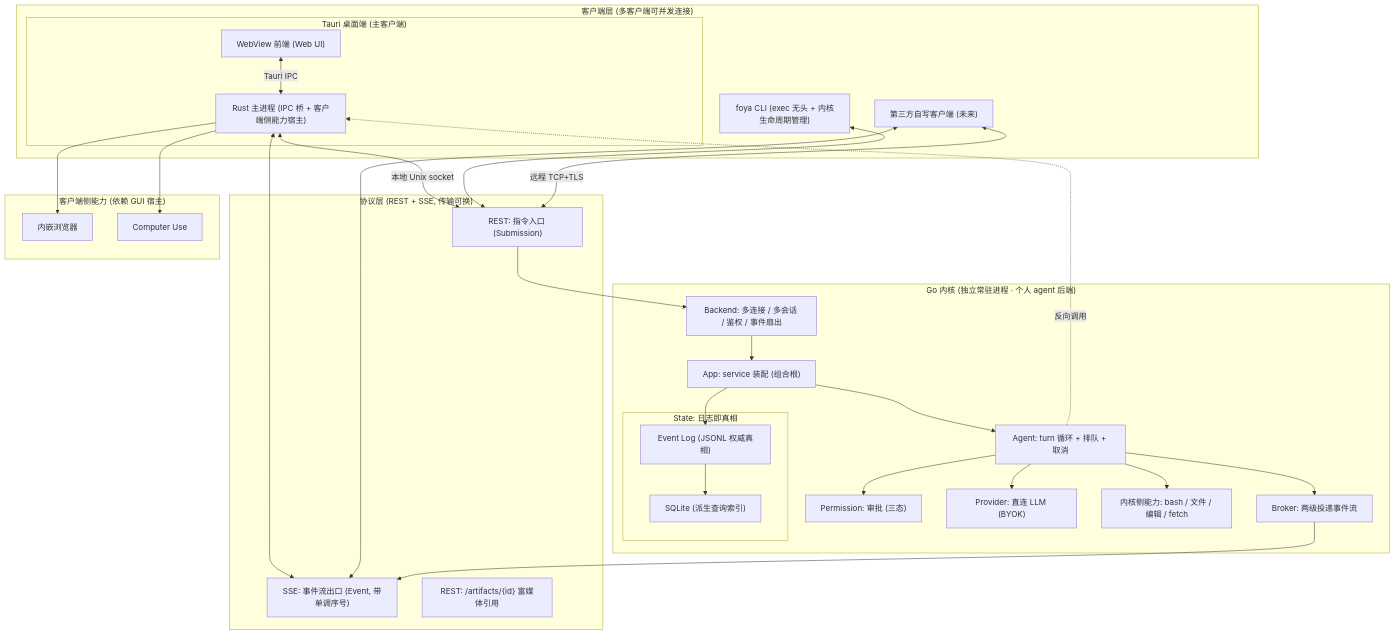
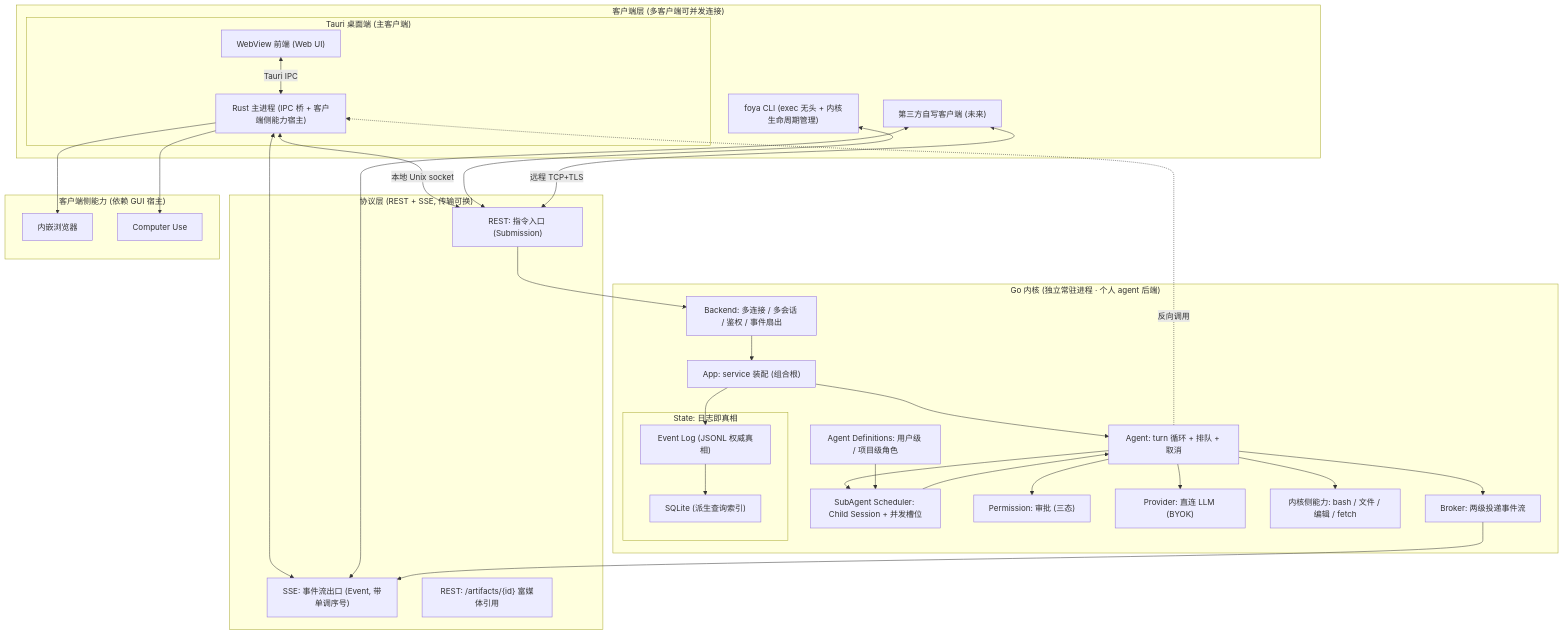
One commit to freesoulcode/foya changed the diagram in docs/架构.md. Above: the diagram before and after it, drawn with Mermaid. The commit also changed other lines of this file and 32 other files, not shown here.

````diff
--- a/docs/架构.md
+++ b/docs/架构.md
@@ -11,54 +11,59 @@
 ```mermaid
 flowchart TB
     subgraph ClientLayer["客户端层 (多客户端可并发连接)"]
         subgraph Tauri["Tauri 桌面端 (主客户端)"]
             WV["WebView 前端 (Web UI)"]
             Rust["Rust 主进程 (IPC 桥 + 客户端侧能力宿主)"]
         end
         CLI["foya CLI (exec 无头 + 内核生命周期管理)"]
         Third["第三方自写客户端 (未来)"]
     end
 
     subgraph Protocol["协议层 (REST + SSE, 传输可换)"]
         REST["REST: 指令入口 (Submission)"]
         SSE["SSE: 事件流出口 (Event, 带单调序号)"]
         ART["REST: /artifacts/{id} 富媒体引用"]
     end
 
     subgraph Kernel["Go 内核 (独立常驻进程 · 个人 agent 后端)"]
         Backend["Backend: 多连接 / 多会话 / 鉴权 / 事件扇出"]
         App["App: service 装配 (组合根)"]
         Agent["Agent: turn 循环 + 排队 + 取消"]
+        AgentDefs["Agent Definitions: 用户级 / 项目级角色"]
+        Scheduler["SubAgent Scheduler: Child Session + 并发槽位"]
         Broker["Broker: 两级投递事件流"]
         Perm["Permission: 审批 (三态)"]
         Provider["Provider: 直连 LLM (BYOK)"]
         subgraph State["State: 日志即真相"]
             Log["Event Log (JSONL 权威真相)"]
             Idx["SQLite (派生查询索引)"]
         end
         KCap["内核侧能力: bash / 文件 / 编辑 / fetch"]
     end
 
     subgraph ClientCap["客户端侧能力 (依赖 GUI 宿主)"]
         Browser["内嵌浏览器"]
         CU["Computer Use"]
     end
 
     WV <-->|Tauri IPC| Rust
     Rust <-->|本地 Unix socket| REST
     Rust <--> SSE
     CLI <--> REST
     Third <-->|远程 TCP+TLS| REST
     Third <--> SSE
 
     REST --> Backend
     Backend --> App --> Agent
+    Agent --> Scheduler
+    AgentDefs --> Scheduler
+    Scheduler --> Agent
     Agent --> Broker --> SSE
     Agent --> Perm
     Agent --> Provider
     Agent --> KCap
     App --> Log --> Idx
     Agent -.反向调用.-> Rust
     Rust --> Browser
     Rust --> CU
 ```
````
